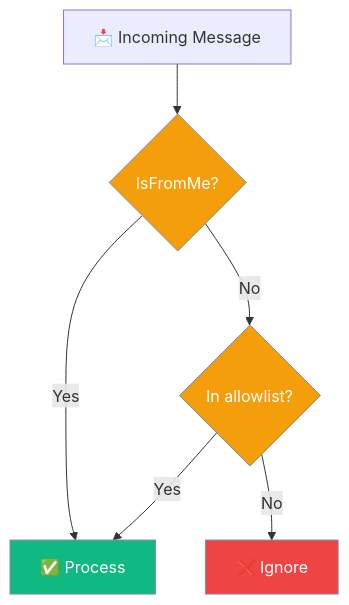
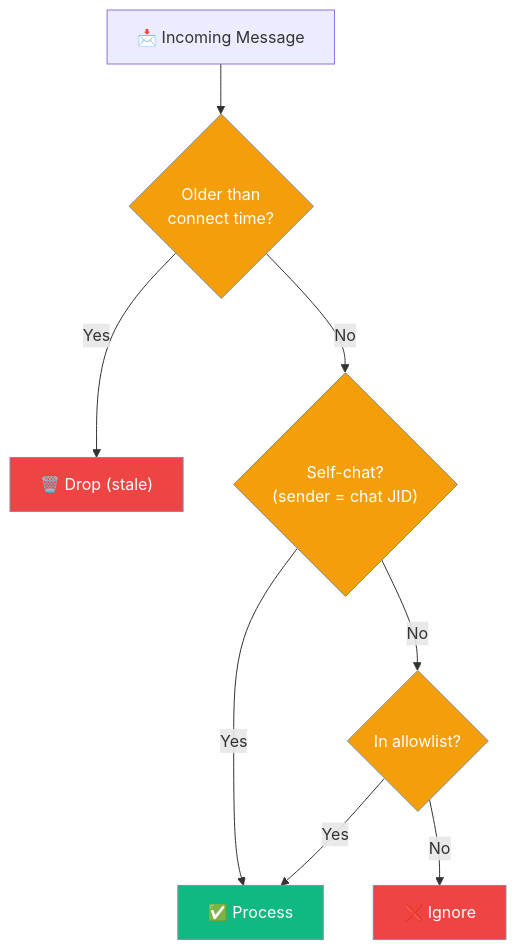
The sixth of 11 diagrams in docs/features/messaging-bots.mdx (MervinPraison/PraisonAIDocs), drawn with Mermaid before and after one commit. The commit also changed other lines of this file and 4 other files, not shown here.

````diff
--- a/docs/features/messaging-bots.mdx
+++ b/docs/features/messaging-bots.mdx
@@ -831,16 +831,20 @@
 ```mermaid
 graph TD
-    MSG["📩 Incoming Message"] --> CHECK{"IsFromMe?"}
-    CHECK -->|"Yes"| ALLOW["✅ Process"]
-    CHECK -->|"No"| ALLOW_LIST{"In allowlist?"}
+    MSG["📩 Incoming Message"] --> STALE{"Older than\nconnect time?"}
+    STALE -->|"Yes"| DROP["🗑️ Drop (stale)"]
+    STALE -->|"No"| SELF{"Self-chat?\n(sender = chat JID)"}
+    SELF -->|"Yes"| ALLOW["✅ Process"]
+    SELF -->|"No"| ALLOW_LIST{"In allowlist?"}
     ALLOW_LIST -->|"Yes"| ALLOW
     ALLOW_LIST -->|"No"| IGNORE["❌ Ignore"]
 
+    classDef stale fill:#6B7280,stroke:#7C90A0,color:#fff
     classDef check fill:#F59E0B,stroke:#7C90A0,color:#fff
     classDef allow fill:#10B981,stroke:#7C90A0,color:#fff
     classDef ignore fill:#EF4444,stroke:#7C90A0,color:#fff
 
-    class CHECK,ALLOW_LIST check
+    class STALE,SELF check
+    class DROP,IGNORE ignore
     class ALLOW allow
-    class IGNORE ignore
+    class ALLOW_LIST check
 ```
````
